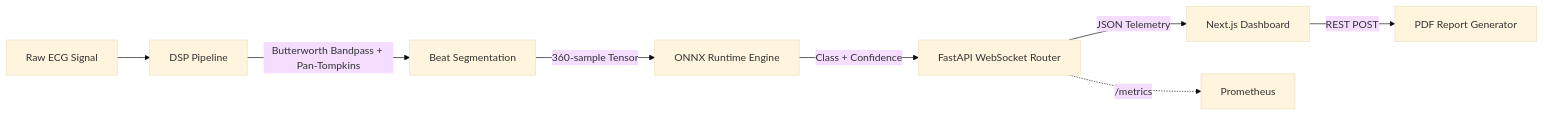
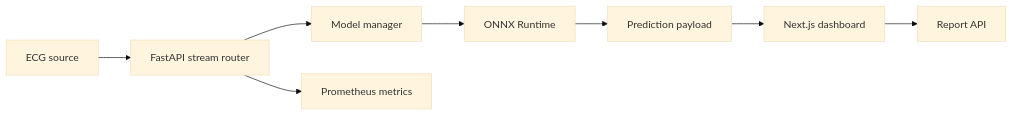
Before and after one commit to pr6thv3/ecg-ai-platform: the diagram in docs/PROJECT_REPORT.md, drawn with Mermaid (base theme). The commit also changed other lines of this file and 181 other files, not shown here.

Commit message:
Finish real MIT-BIH ECG ML system with robust training, evaluation, inference, and deployment pipeline

````diff
--- a/docs/PROJECT_REPORT.md
+++ b/docs/PROJECT_REPORT.md
@@ -50,10 +23,10 @@
 ```mermaid
 flowchart LR
-    A[Raw ECG Signal] --> B[DSP Pipeline]
-    B -->|Butterworth Bandpass + Pan-Tompkins| C[Beat Segmentation]
-    C -->|360-sample Tensor| D[ONNX Runtime Engine]
-    D -->|Class + Confidence| E[FastAPI WebSocket Router]
-    E -->|JSON Telemetry| F[Next.js Dashboard]
-    E -.->|/metrics| G[Prometheus]
-    F -->|REST POST| H[PDF Report Generator]
+    A["ECG source"] --> B["FastAPI stream router"]
+    B --> C["Model manager"]
+    C --> D["ONNX Runtime"]
+    D --> E["Prediction payload"]
+    E --> F["Next.js dashboard"]
+    B --> G["Prometheus metrics"]
+    F --> H["Report API"]
 ```
````
